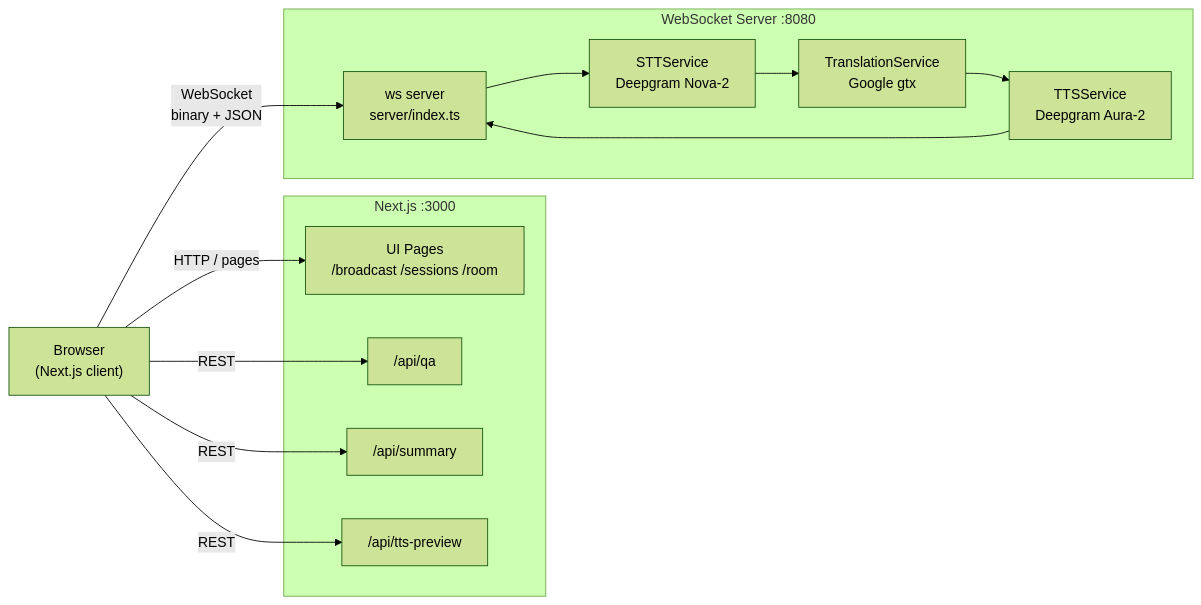
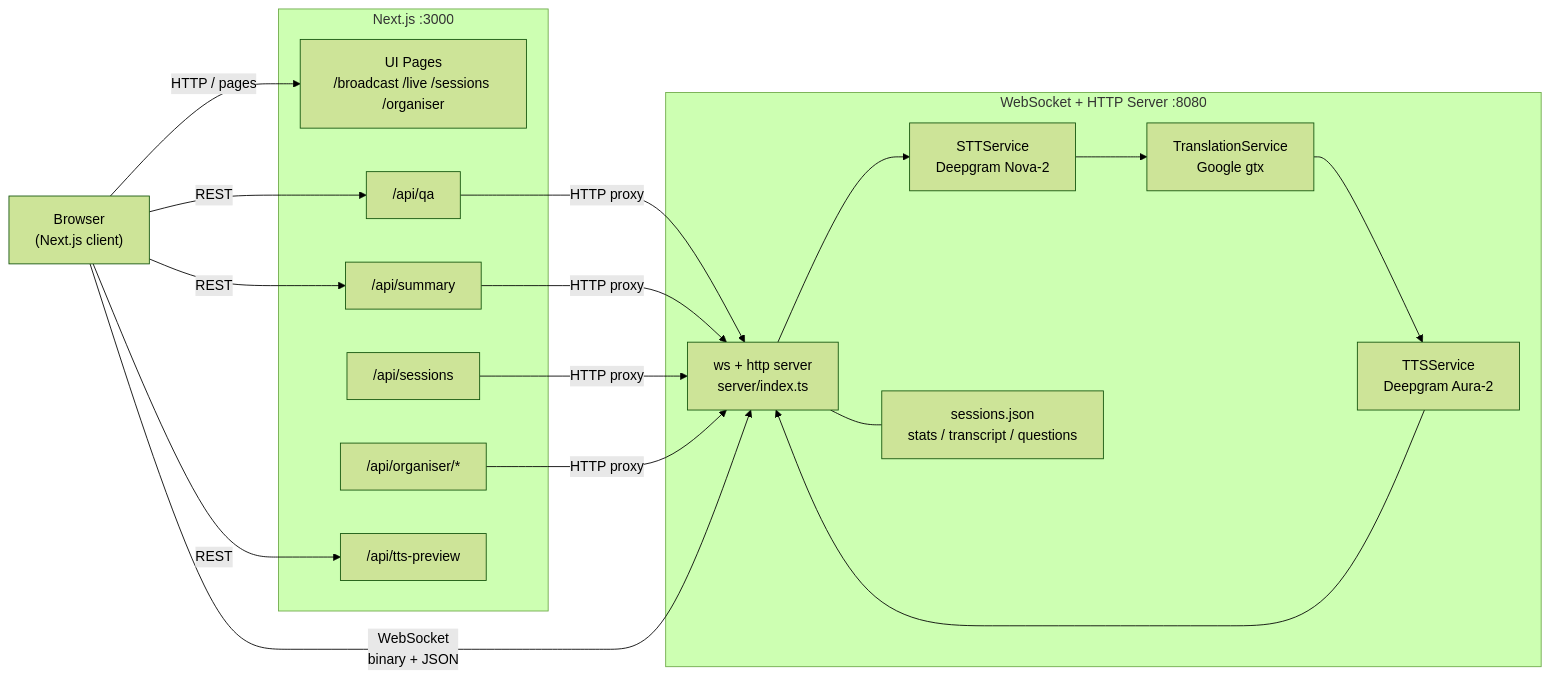
The first of 7 diagrams in ARCHITECTURE.md (crypticsaiyan/Unison), drawn with Mermaid (forest theme) before and after one commit. The commit also changed other lines of this file and 2 other files, not shown here.

Commit message:
Docs: refresh README, ARCHITECTURE, and CLAUDE guidance

````diff
--- a/ARCHITECTURE.md
+++ b/ARCHITECTURE.md
@@ -7,25 +7,30 @@
 ```mermaid
 graph LR
     Browser["Browser\n(Next.js client)"]
 
     subgraph "Next.js :3000"
-        UI["UI Pages\n/broadcast /sessions /room"]
+        UI["UI Pages\n/broadcast /live /sessions /organiser"]
         QA["/api/qa"]
         SUMMARY["/api/summary"]
+        SESS["/api/sessions"]
+        ORG["/api/organiser/*"]
         TTS_PREV["/api/tts-preview"]
     end
 
-    subgraph "WebSocket Server :8080"
-        WS["ws server\nserver/index.ts"]
+    subgraph "WebSocket + HTTP Server :8080"
+        WS["ws + http server\nserver/index.ts"]
         STT["STTService\nDeepgram Nova-2"]
         TR["TranslationService\nGoogle gtx"]
         TTS["TTSService\nDeepgram Aura-2"]
+        STORE["sessions.json\nstats / transcript / questions"]
     end
 
     Browser -- "HTTP / pages" --> UI
     Browser -- "REST" --> QA
     Browser -- "REST" --> SUMMARY
     Browser -- "REST" --> TTS_PREV
+    QA & SUMMARY & SESS & ORG -- "HTTP proxy" --> WS
     Browser -- "WebSocket\nbinary + JSON" --> WS
     WS --> STT --> TR --> TTS --> WS
+    WS --- STORE
 ```
````
